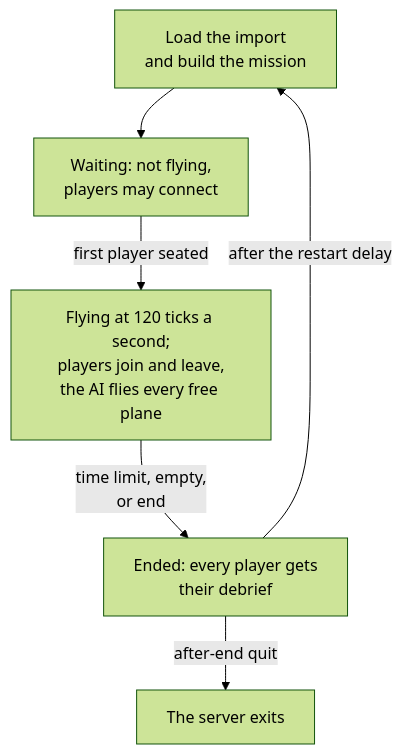
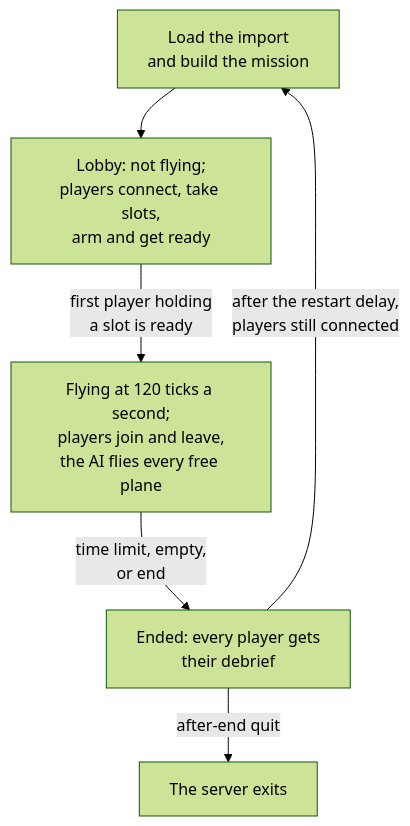
The diagram in docs/DEDICATED-SERVER.md (john-overton/T.O.R.E-Fighters), drawn with Mermaid (forest theme) before and after one commit. The commit also changed other lines of this file and 12 other files, not shown here.

````diff
--- a/docs/DEDICATED-SERVER.md
+++ b/docs/DEDICATED-SERVER.md
@@ -220,8 +221,8 @@
 ```mermaid
 flowchart TD
-  load["Load the import<br/>and build the mission"] --> wait["Waiting: not flying,<br/>players may connect"]
-  wait -->|"first player seated"| fly["Flying at 120 ticks a second;<br/>players join and leave,<br/>the AI flies every free plane"]
+  load["Load the import<br/>and build the mission"] --> wait["Lobby: not flying;<br/>players connect, take slots,<br/>arm and get ready"]
+  wait -->|"first player holding<br/>a slot is ready"| fly["Flying at 120 ticks a second;<br/>players join and leave,<br/>the AI flies every free plane"]
   fly -->|"time limit, empty,<br/>or end"| ended["Ended: every player gets<br/>their debrief"]
-  ended -->|"after the restart delay"| load
+  ended -->|"after the restart delay,<br/>players still connected"| load
   ended -->|"after-end quit"| stop["The server exits"]
 ```
````
